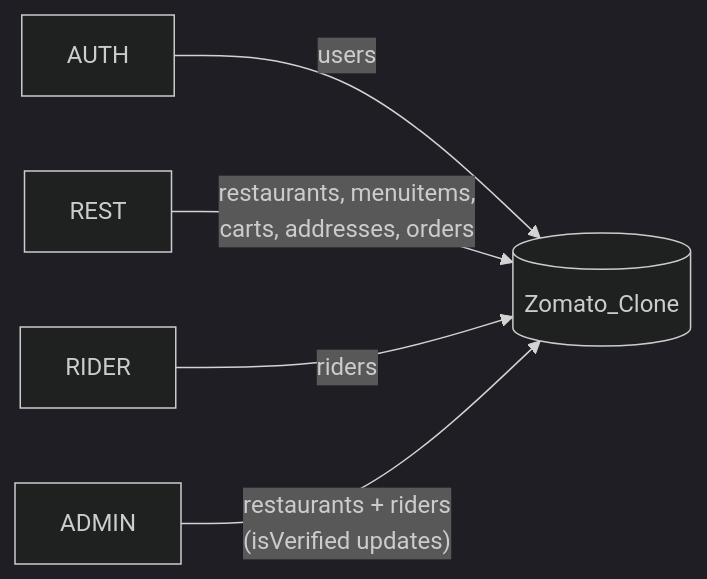
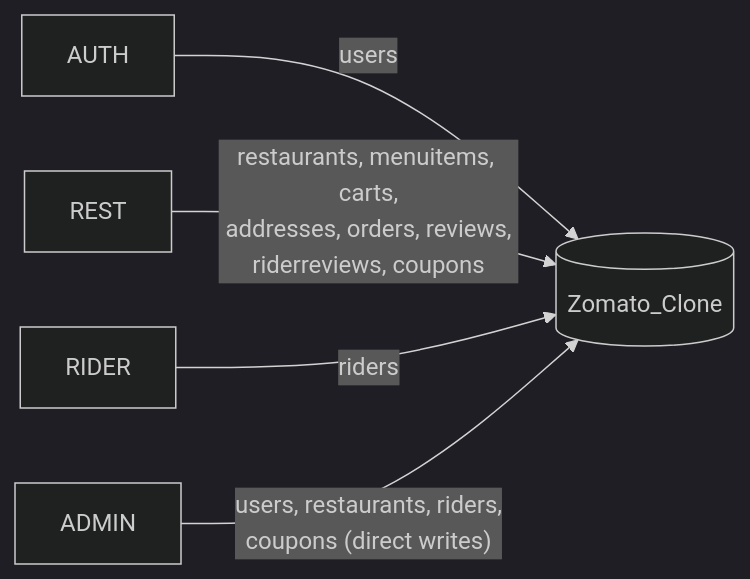
Before and after one commit to subhm2004/ByteBites: the second of 18 diagrams in ARCHITECTURE.md, drawn with Mermaid (dark theme). The commit also changed other lines of this file and 1 other file, not shown here.

````diff
--- a/ARCHITECTURE.md
+++ b/ARCHITECTURE.md
@@ -72,9 +90,9 @@
 ```mermaid
 flowchart LR
     MONGO[("Zomato_Clone")]
 
     AUTH -->|"users"| MONGO
-    REST -->|"restaurants, menuitems,<br/>carts, addresses, orders"| MONGO
+    REST -->|"restaurants, menuitems, carts,<br/>addresses, orders, reviews,<br/>riderreviews, coupons"| MONGO
     RIDER -->|"riders"| MONGO
-    ADMIN -->|"restaurants + riders<br/>(isVerified updates)"| MONGO
+    ADMIN -->|"users, restaurants, riders,<br/>coupons (direct writes)"| MONGO
 ```
````
